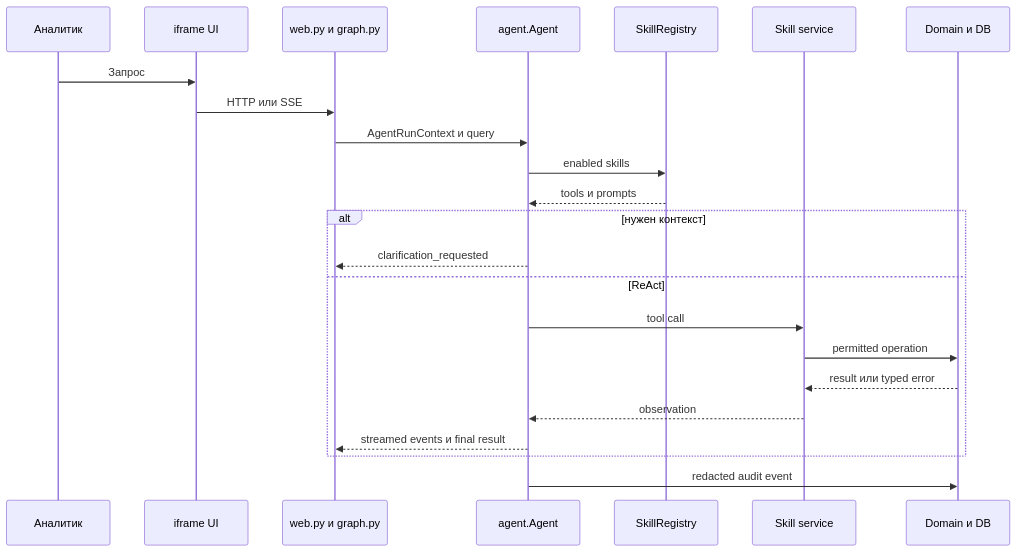
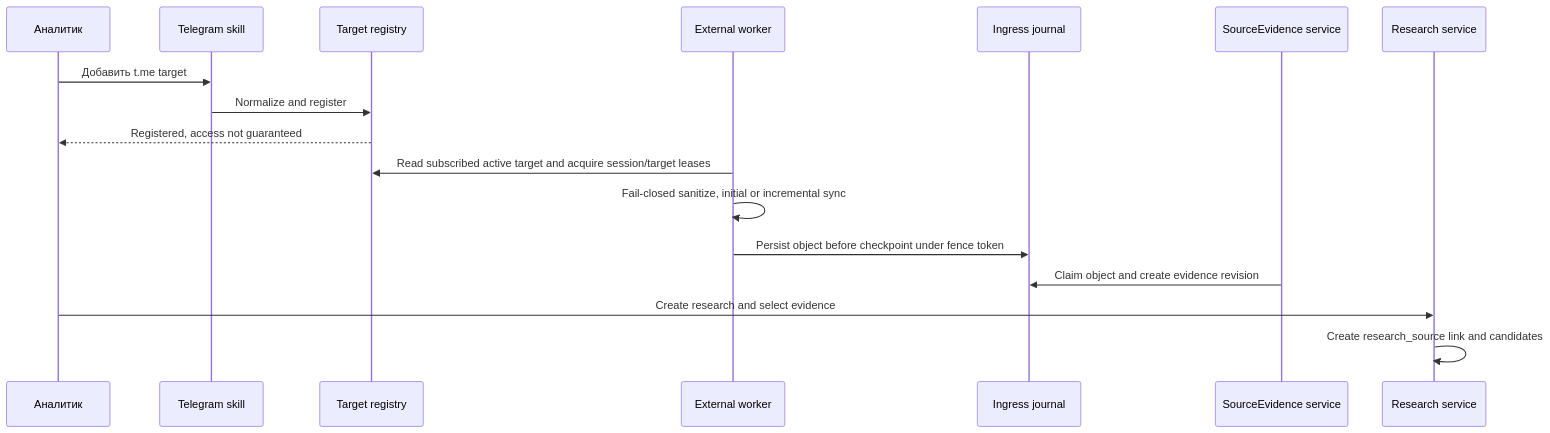
The second of 2 diagrams in docs/loophole/bmad/planning-artifacts/architecture/architecture-auditLens-2026-08-26/SOLUTION-DESIGN.md (SashaEee/auditLens), drawn with Mermaid before and after one commit. The commit also changed other lines of this file and 12 other files, not shown here.

````diff
--- a/docs/loophole/bmad/planning-artifacts/architecture/architecture-auditLens-2026-08-26/SOLUTION-DESIGN.md
+++ b/docs/loophole/bmad/planning-artifacts/architecture/architecture-auditLens-2026-08-26/SOLUTION-DESIGN.md
@@ -9,25 +74,19 @@
 ```mermaid
 sequenceDiagram
   participant A as Аналитик
-  participant UI as iframe UI
-  participant W as web.py и graph.py
-  participant G as agent.Agent
-  participant R as SkillRegistry
-  participant S as Skill service
-  participant D as Domain и DB
-  A->>UI: Запрос
-  UI->>W: HTTP или SSE
-  W->>G: AgentRunContext и query
-  G->>R: enabled skills
-  R-->>G: tools и prompts
-  alt нужен контекст
-    G-->>W: clarification_requested
-  else ReAct
-    G->>S: tool call
-    S->>D: permitted operation
-    D-->>S: result или typed error
-    S-->>G: observation
-    G-->>W: streamed events и final result
-  end
-  G->>D: redacted audit event
+  participant S as Telegram skill
+  participant T as Target registry
+  participant W as External worker
+  participant I as Ingress journal
+  participant E as SourceEvidence service
+  participant R as Research service
+  A->>S: Добавить t.me target
+  S->>T: Normalize and register
+  T-->>A: Registered, access not guaranteed
+  W->>T: Read subscribed active target and acquire session/target leases
+  W->>W: Fail-closed sanitize, initial or incremental sync
+  W->>I: Persist object before checkpoint under fence token
+  E->>I: Claim object and create evidence revision
+  A->>R: Create research and select evidence
+  R->>R: Create research_source link and candidates
 ```
````
